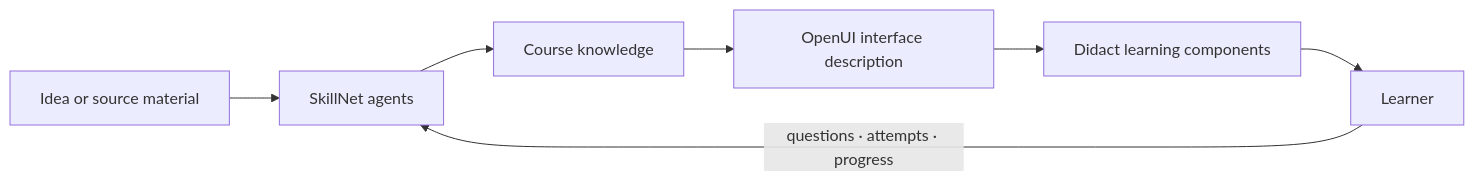
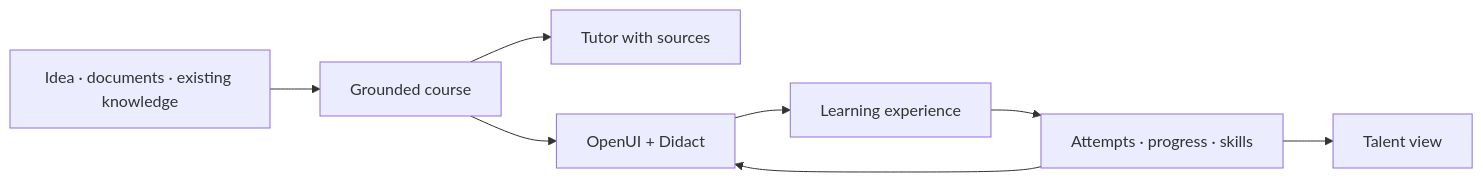
Before and after one commit to ANFAIA/SkillNet: the diagram in README.md, drawn with Mermaid. The commit also changed other lines of this file and 9 other files, not shown here.

````diff
--- a/README.md
+++ b/README.md
@@ -70,9 +80,10 @@
 ```mermaid
 graph LR
-    docs["Idea or source material"] --> agents["SkillNet agents"]
-    agents --> knowledge["Course knowledge"]
-    knowledge --> openui["OpenUI interface description"]
-    openui --> didact["Didact learning components"]
-    didact --> learner["Learner"]
-    learner -->|questions · attempts · progress| agents
+    sources["Idea · documents · existing knowledge"] --> course["Grounded course"]
+    course --> tutor["Tutor with sources"]
+    course --> runtime["OpenUI + Didact"]
+    runtime --> learner["Learning experience"]
+    learner --> evidence["Attempts · progress · skills"]
+    evidence --> runtime
+    evidence --> talent["Talent view"]
 ```
````
